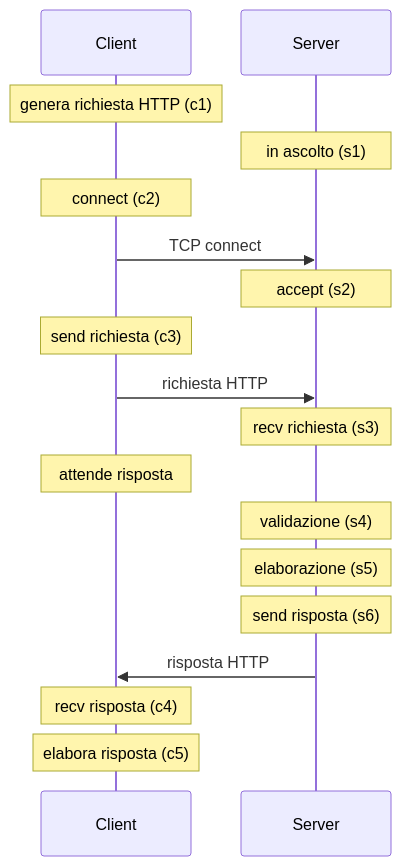
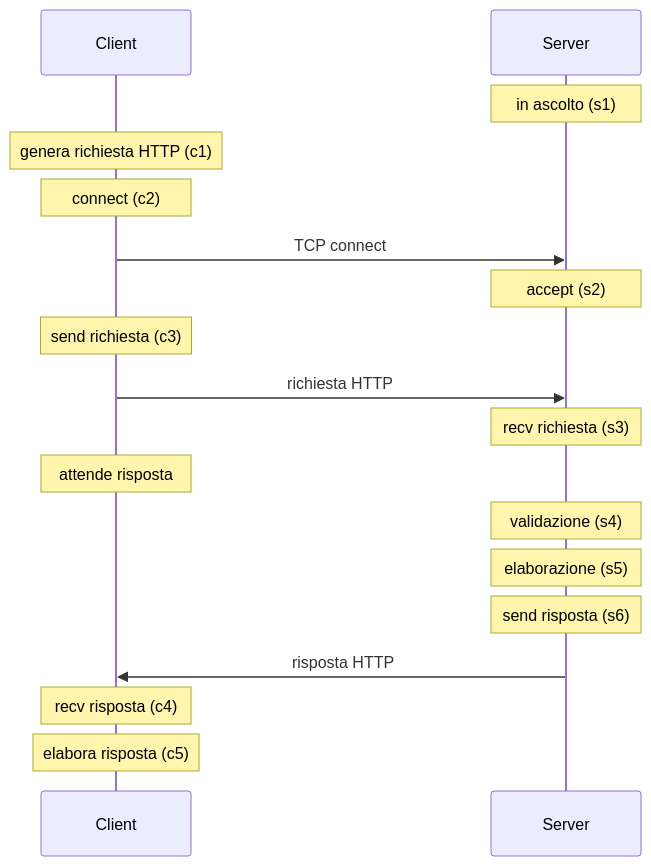
The second of 2 diagrams in docs/quinta/big-picture/index.md (tpsit-an/tpsit-an.github.io), drawn with Mermaid before and after one commit. The commit also changed other lines of this file and 23 other files, not shown here.

````diff
--- a/docs/quinta/big-picture/index.md
+++ b/docs/quinta/big-picture/index.md
@@ -59,20 +59,21 @@
 ``` mermaid
+%%{init: {'sequence': {'actorMargin': 300}} }%%
 sequenceDiagram
     participant C as Client
     participant S as Server
+    Note over S: in ascolto (s1)
     Note over C: genera richiesta HTTP (c1)
-    Note over S: in ascolto (s1)
     Note over C: connect (c2)
     C->>S: TCP connect
     Note over S: accept (s2)
     Note over C: send richiesta (c3)
     C->>S: richiesta HTTP
     Note over S: recv richiesta (s3)
     Note over C: attende risposta
     Note over S: validazione (s4)
     Note over S: elaborazione (s5)
     Note over S: send risposta (s6)
     S->>C: risposta HTTP
     Note over C: recv risposta (c4)
     Note over C: elabora risposta (c5)
 ```
````
